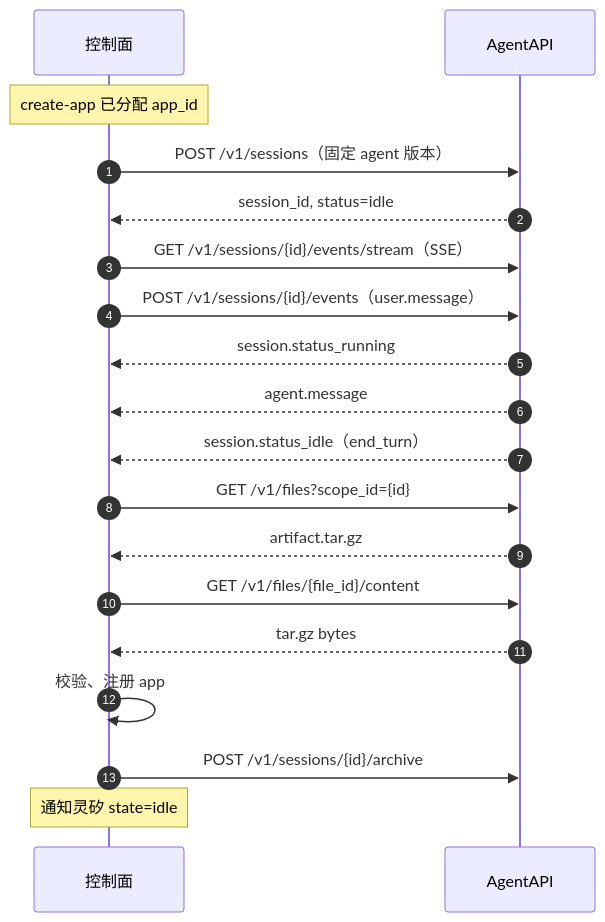
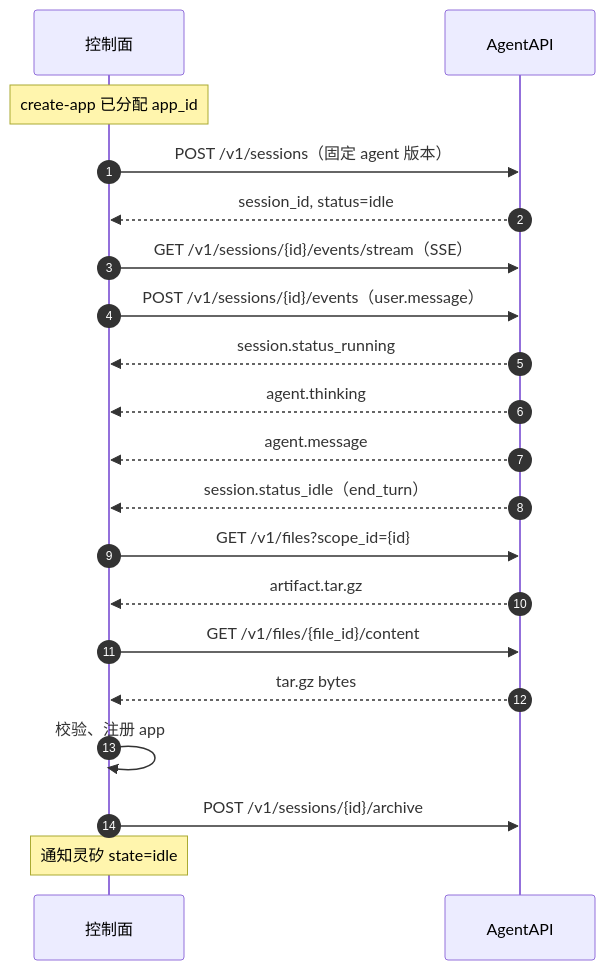
Before and after one commit to open-anywhere/open-anywhere: the diagram in docs/gateway-agentapi-interface.md, drawn with Mermaid. The commit also changed other lines of this file and 6 other files, not shown here.

First line of the commit message:
feat: building 状态的 message 展示 agent thinking 进度 (#47) (#55)

````diff
--- a/docs/gateway-agentapi-interface.md
+++ b/docs/gateway-agentapi-interface.md
@@ -255,22 +255,23 @@
 ```mermaid
 sequenceDiagram
   autonumber
   participant C as 控制面
   participant A as AgentAPI
 
   Note over C: create-app 已分配 app_id
   C->>A: POST /v1/sessions（固定 agent 版本）
   A-->>C: session_id, status=idle
   C->>A: GET /v1/sessions/{id}/events/stream（SSE）
   C->>A: POST /v1/sessions/{id}/events（user.message）
   A-->>C: session.status_running
+  A-->>C: agent.thinking
   A-->>C: agent.message
   A-->>C: session.status_idle（end_turn）
   C->>A: GET /v1/files?scope_id={id}
   A-->>C: artifact.tar.gz
   C->>A: GET /v1/files/{file_id}/content
   A-->>C: tar.gz bytes
   C->>C: 校验、注册 app
   C->>A: POST /v1/sessions/{id}/archive
   Note over C: 通知灵矽 state=idle
 ```
````
